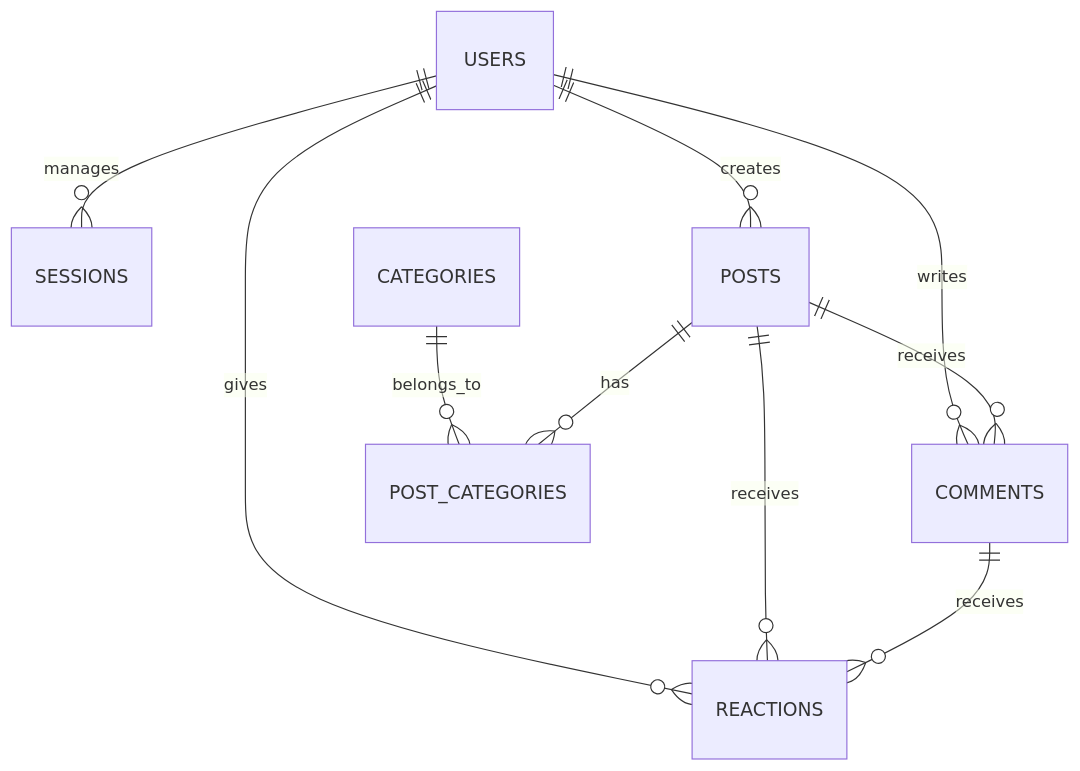
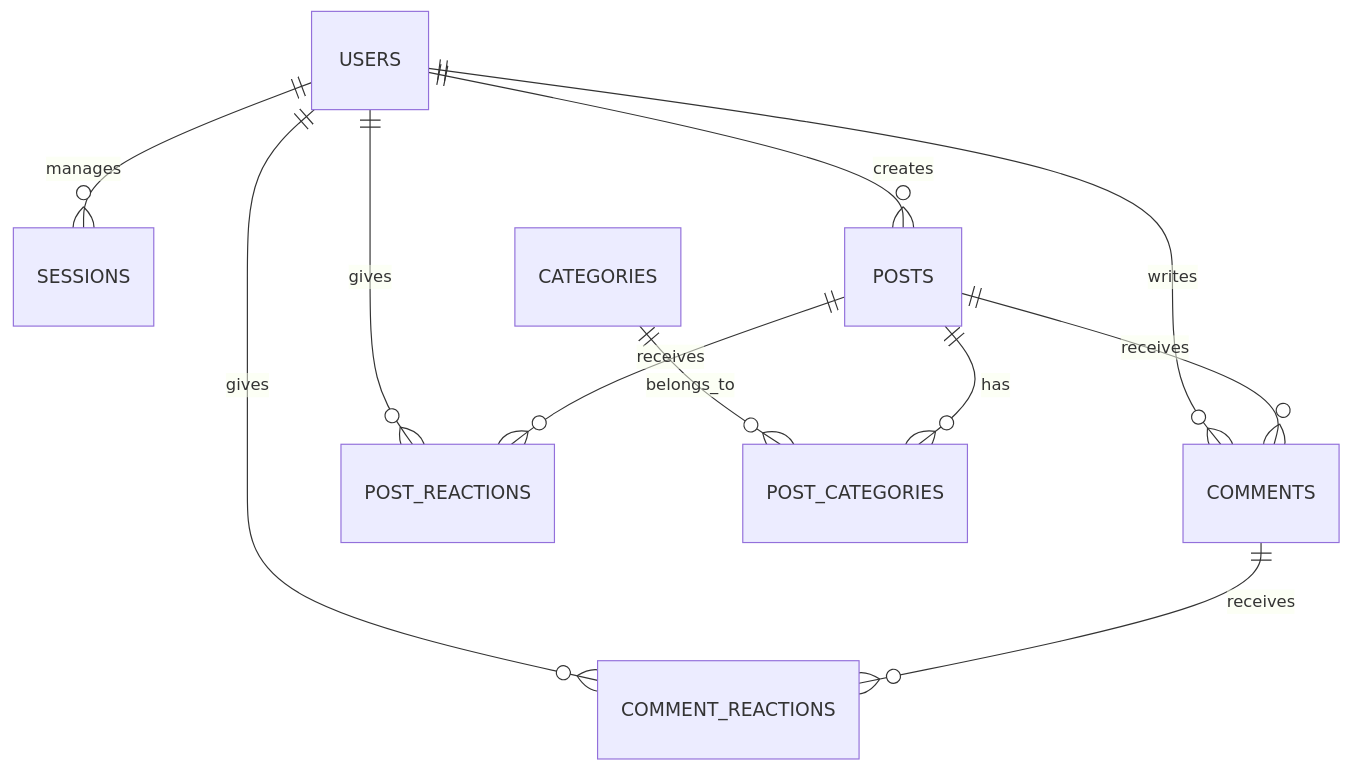
The first of 9 diagrams in internal/database/data.md (ertval/forum), drawn with Mermaid before and after one commit. The commit also changed other lines of this file and 1 other file, not shown here.

Commit message:
feat: Separate reactions into distinct tables for posts and comments to improve database structure

````diff
--- a/internal/database/data.md
+++ b/internal/database/data.md
@@ -29,12 +31,13 @@
 ```mermaid
 erDiagram
     USERS ||--o{ SESSIONS : "manages"
     USERS ||--o{ POSTS : "creates"
     USERS ||--o{ COMMENTS : "writes"
-    USERS ||--o{ REACTIONS : "gives"
+    USERS ||--o{ POST_REACTIONS : "gives"
+    USERS ||--o{ COMMENT_REACTIONS : "gives"
     CATEGORIES ||--o{ POST_CATEGORIES : "belongs_to"
     POSTS ||--o{ POST_CATEGORIES : "has"
     POSTS ||--o{ COMMENTS : "receives"
-    POSTS ||--o{ REACTIONS : "receives"
-    COMMENTS ||--o{ REACTIONS : "receives"
+    POSTS ||--o{ POST_REACTIONS : "receives"
+    COMMENTS ||--o{ COMMENT_REACTIONS : "receives"
 ```
````
